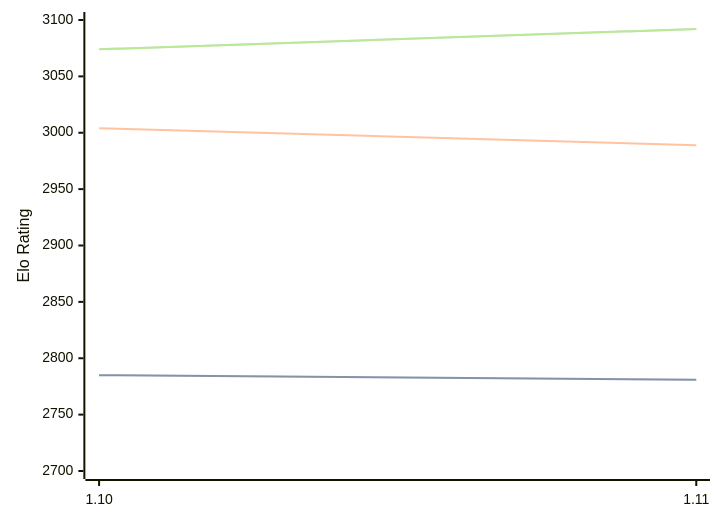
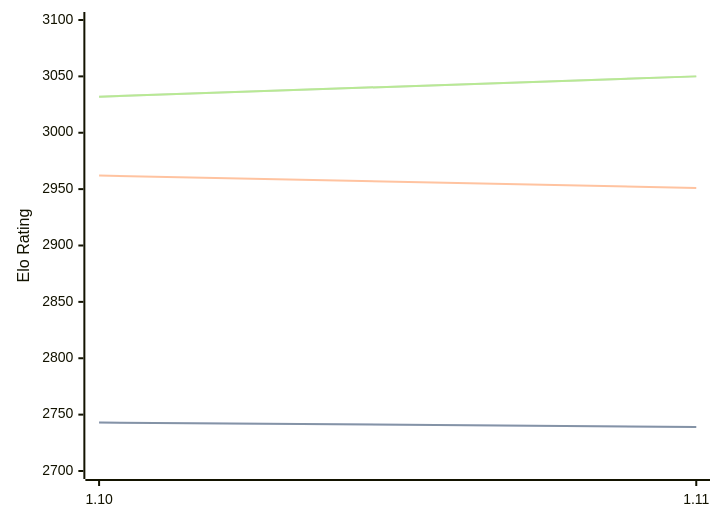
The diagram in engines/Roc.md (computer-chess-index/cci), drawn with Mermaid before and after one commit. The commit also changed other lines of this file, not shown here.

Commit message:
Update CCI Ratings (ELO VLTC) - 2026-05-19

````diff
--- a/engines/Roc.md
+++ b/engines/Roc.md
@@ -65,11 +65,11 @@
 ```mermaid
 %%{init: {"theme":"base","themeVariables":{"seriesColors:['#a3a3a3','#222221','#faa371']}}}%%
 xychart-beta
   x-axis ["1.10", "1.11"]
   y-axis "Elo Rating" 2700 --> 3100
-  line "STC (8.0+0.08s)" [2785, 2781]
-  line "STC (8.0+0.08s)" [2785, 2781]
-  line "LTC (60.0+0.60s)" [3004, 2989]
-  line "VLTC (2m24s+1.12s)" [3074, 3092]
-  line "VLTC (2m24s+1.12s)" [3074, 3092]
+  line "STC (8.0+0.08s)" [2743, 2739]
+  line "STC (8.0+0.08s)" [2743, 2739]
+  line "LTC (60.0+0.60s)" [2962, 2951]
+  line "VLTC (2m24s+1.12s)" [3032, 3050]
+  line "VLTC (2m24s+1.12s)" [3032, 3050]
 ```
````
